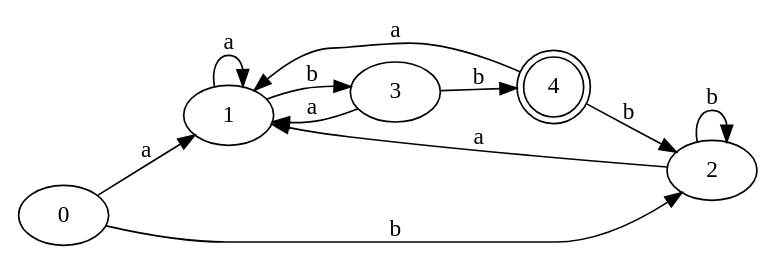
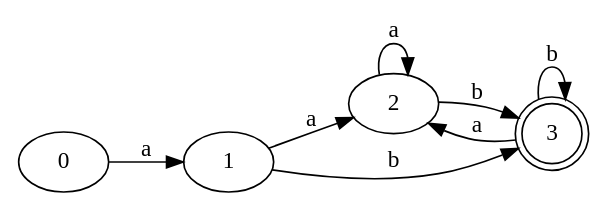
Before and after one commit to rmonzon98/gramatica-LL: the diagram in graficas/Subconjuntos.gv, drawn with Graphviz. The commit also changed 12 other files, not shown here.

```diff
--- a/graficas/Subconjuntos.gv
+++ b/graficas/Subconjuntos.gv
@@ -1,18 +1,14 @@
 digraph Automata {
 	rankdir=LR
 	0 [label=0]
 	1 [label=1]
 	2 [label=2]
-	3 [label=3]
-	4 [label=4 shape=doublecircle]
+	3 [label=3 shape=doublecircle]
 	0 -> 1 [label=a]
-	0 -> 2 [label=b]
-	1 -> 1 [label=a]
+	1 -> 2 [label=a]
 	1 -> 3 [label=b]
-	2 -> 1 [label=a]
-	2 -> 2 [label=b]
-	3 -> 1 [label=a]
-	3 -> 4 [label=b]
-	4 -> 1 [label=a]
-	4 -> 2 [label=b]
+	2 -> 2 [label=a]
+	2 -> 3 [label=b]
+	3 -> 2 [label=a]
+	3 -> 3 [label=b]
 }
```
